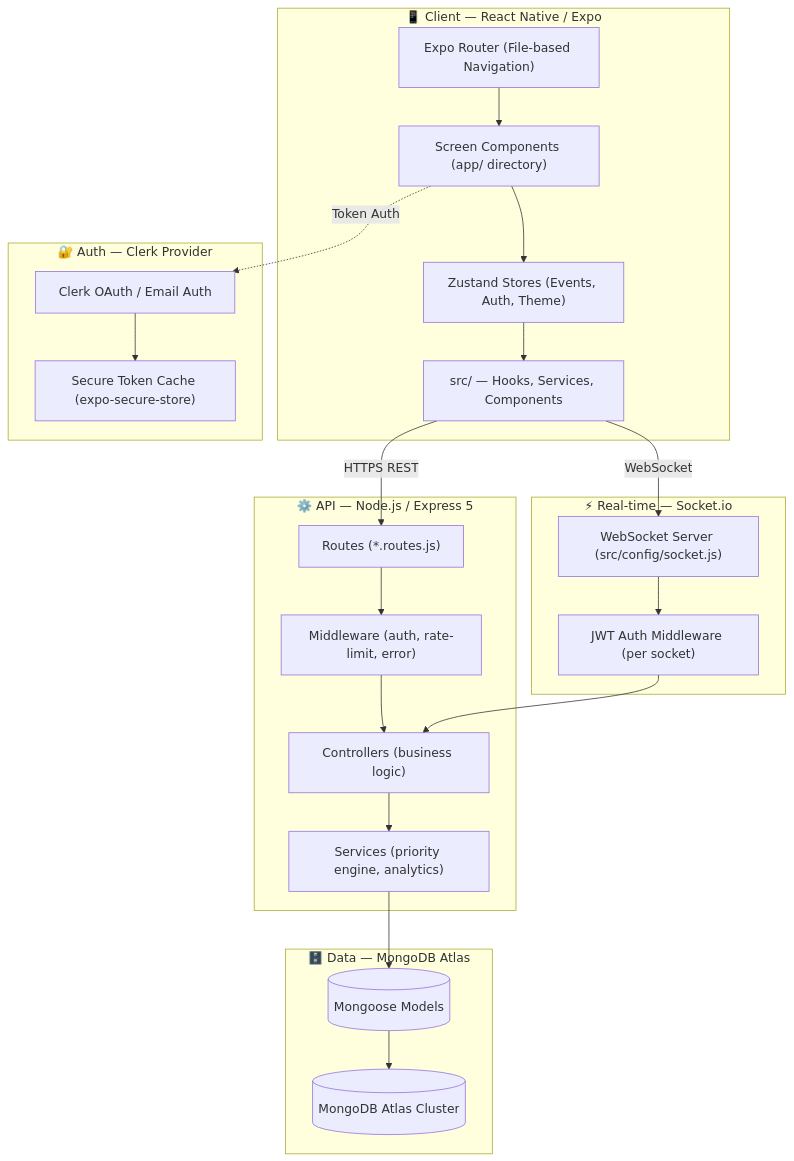
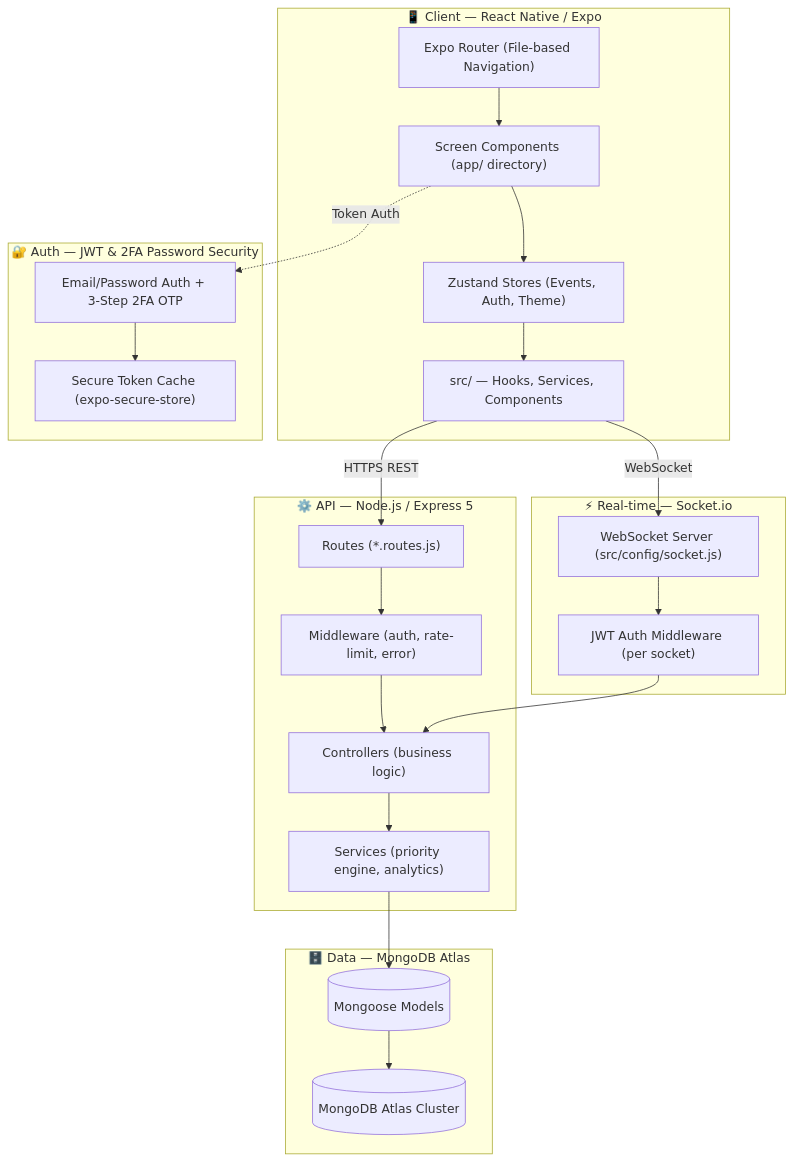
One commit to priyabratasahoo780/EventFlow changed the first of 3 diagrams in README.md. Above: the diagram before and after it, drawn with Mermaid. The commit also changed other lines of this file, not shown here.

Commit message:
docs(readme): document 3-step 2FA password security, Admin Monitoring Center, live probes & updated API reference

````diff
--- a/README.md
+++ b/README.md
@@ -417,42 +429,42 @@
 ```mermaid
 flowchart TD
     subgraph Client["📱 Client — React Native / Expo"]
         A["Expo Router (File-based Navigation)"]
         B["Screen Components (app/ directory)"]
         C["Zustand Stores (Events, Auth, Theme)"]
         D["src/ — Hooks, Services, Components"]
         A --> B --> C --> D
     end
 
-    subgraph Auth["🔐 Auth — Clerk Provider"]
-        E["Clerk OAuth / Email Auth"]
+    subgraph Auth["🔐 Auth — JWT & 2FA Password Security"]
+        E["Email/Password Auth + 3-Step 2FA OTP"]
         F["Secure Token Cache (expo-secure-store)"]
         E --> F
     end
 
     subgraph API["⚙️ API — Node.js / Express 5"]
         G["Routes (*.routes.js)"]
         J["Middleware (auth, rate-limit, error)"]
         H["Controllers (business logic)"]
         I["Services (priority engine, analytics)"]
         G --> J --> H --> I
     end
 
     subgraph Realtime["⚡ Real-time — Socket.io"]
         S["WebSocket Server (src/config/socket.js)"]
         S2["JWT Auth Middleware (per socket)"]
         S --> S2
     end
 
     subgraph Database["🗄️ Data — MongoDB Atlas"]
         L[("Mongoose Models")]
         K[("MongoDB Atlas Cluster")]
         L --> K
     end
 
     D -->|"HTTPS REST"| G
     D -->|"WebSocket"| S
     B -.->|"Token Auth"| E
     I --> L
     S2 --> H
 ```
````
